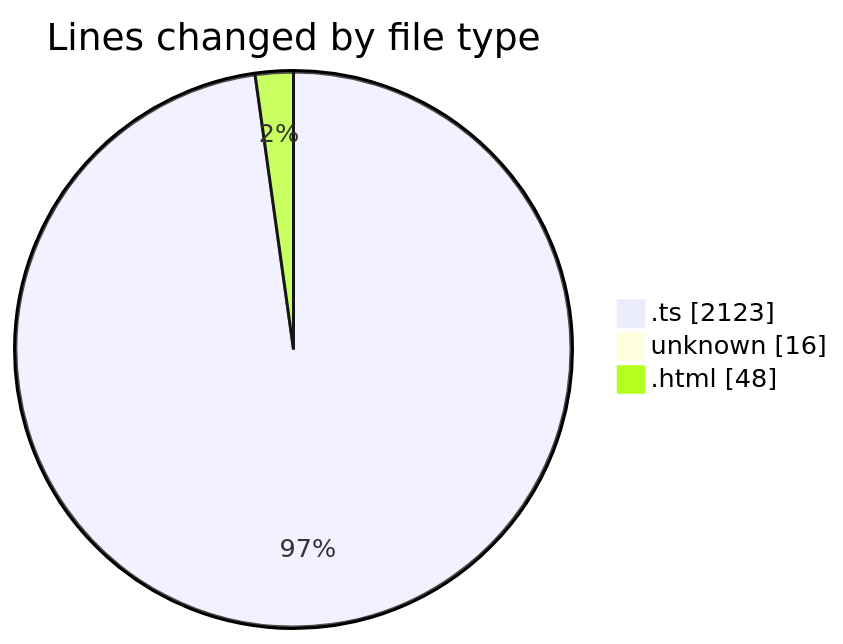
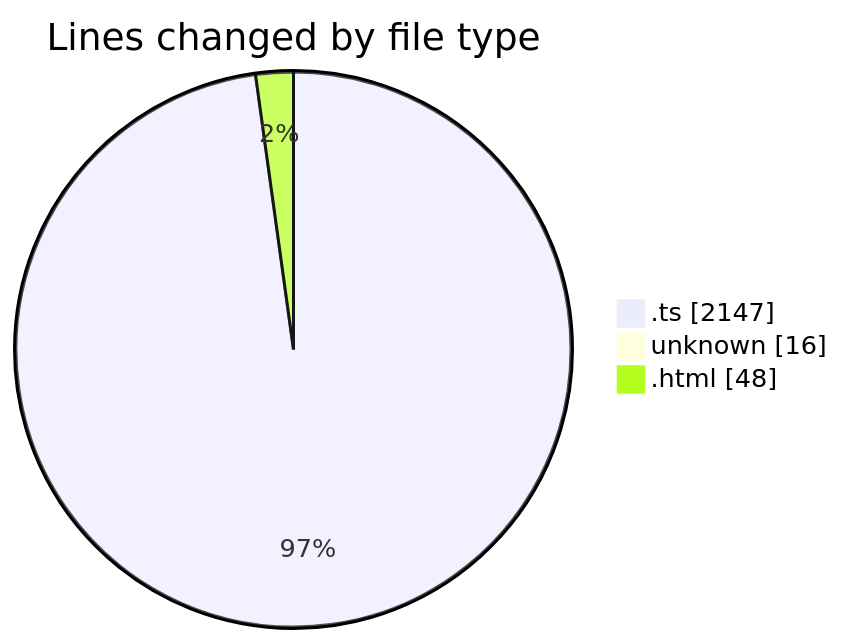
One commit to tmsrecording-cyber/code-tracking changed the first of 2 diagrams in 2026-02-06/singularitybrainai/README.md. Above: the diagram before and after it, drawn with Mermaid. The commit also changed other lines of this file and 1 other file, not shown here.

````diff
--- a/2026-02-06/singularitybrainai/README.md
+++ b/2026-02-06/singularitybrainai/README.md
@@ -26,7 +26,7 @@
 ```mermaid
 pie showData
 title Lines changed by file type
-".ts" : 2123
+".ts" : 2147
 "unknown" : 16
 ".html" : 48
 ```
````
